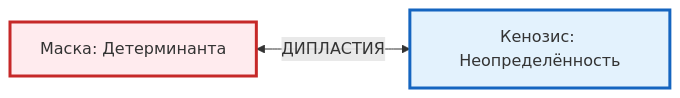
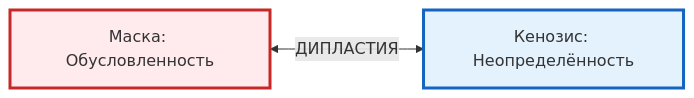
One commit to dididew74-a11y/Zazor-book changed the second of 2 diagrams in book/23-part3-02-topology.md. Above: the diagram before and after it, drawn with Mermaid.

````diff
--- a/book/23-part3-02-topology.md
+++ b/book/23-part3-02-topology.md
@@ -90,10 +90,10 @@
 ```mermaid
 graph LR
-    M["Маска: Детерминанта"]
+    M["Маска: Обусловленность"]
     K["Кенозис: Неопределённость"]
     
     M <-->|ДИПЛАСТИЯ| K
     
     style M fill:#ffebee,stroke:#c62828,stroke-width:3px
     style K fill:#e3f2fd,stroke:#1565c0,stroke-width:3px
 ```
````
